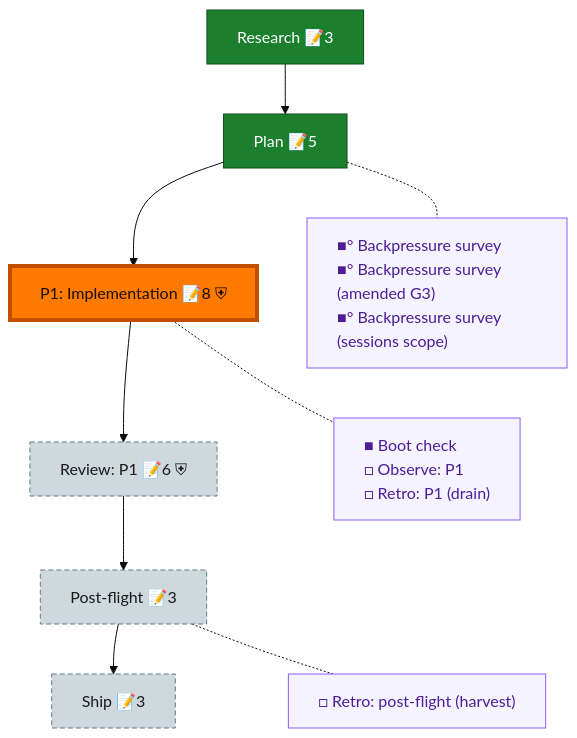
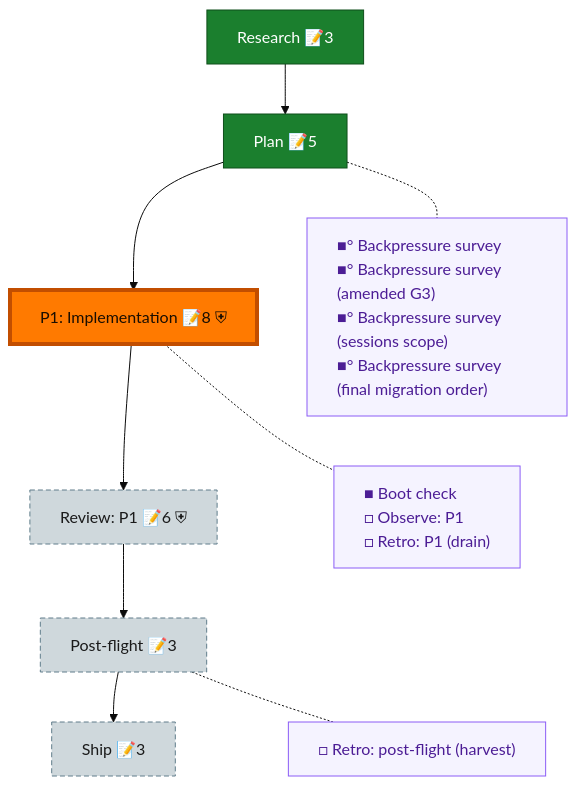
Before and after one commit to vaughanknight/pij: the diagram in docs/plans/128-seat-session-identity/the-flow.md, drawn with Mermaid (base theme). The commit also changed other lines of this file and 4 other files, not shown here.

Commit message:
plan(128): settle migration landing order

````diff
--- a/docs/plans/128-seat-session-identity/the-flow.md
+++ b/docs/plans/128-seat-session-identity/the-flow.md
@@ -8,30 +8,30 @@
 ```mermaid
 flowchart TD
     research["Research 📝3"]:::done
     plan["Plan 📝5"]:::done
     phase_1["P1: Implementation 📝8 ⛨"]:::wip
     review_1["Review: P1 📝6 ⛨"]:::assumed
     post_flight["Post-flight 📝3"]:::assumed
     ship["Ship 📝3"]:::assumed
 
     research --> plan --> phase_1 --> review_1 --> post_flight --> ship
 
-    planC["■° Backpressure survey<br/>■° Backpressure survey (amended G3)<br/>■° Backpressure survey (sessions scope)"]:::chore
+    planC["■° Backpressure survey<br/>■° Backpressure survey (amended G3)<br/>■° Backpressure survey (sessions scope)<br/>■° Backpressure survey (final migration order)"]:::chore
     phase_1C["■ Boot check<br/>□ Observe: P1<br/>□ Retro: P1 (drain)"]:::chore
     post_flightC["□ Retro: post-flight (harvest)"]:::chore
 
     %% invisible chain holds the gutter boxes in their own column
     planC ~~~ phase_1C ~~~ post_flightC
 
     %% dotted links pull each gutter box beside its node
     plan -.- planC
     phase_1 -.- phase_1C
     post_flight -.- post_flightC
 
     classDef done fill:#1B7F2E,stroke:#0F4F1B,color:#fff;
     classDef wip fill:#43C04A,stroke:#1B7F2E,color:#04210A;
     classDef assumed fill:#CFD8DC,stroke:#607D8B,color:#1a1a1a,stroke-dasharray:5 3;
     classDef chore fill:#f5f3ff,stroke:#8b5cf6,color:#4c1d95,text-align:left;
     classDef current fill:#FF7A00,stroke:#C24E00,color:#1a0e00,stroke-width:4px;
     class phase_1 current;
 ```
````
